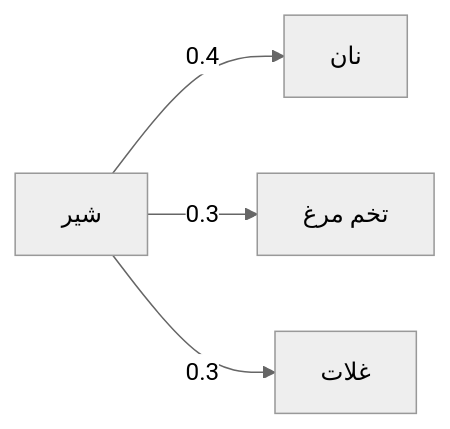
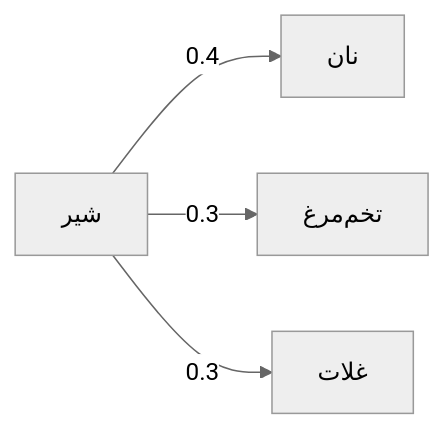
One commit to vel0cirapt0r/advalgo changed the fifth of 8 diagrams in README.md. Above: the diagram before and after it, drawn with Mermaid (neutral theme). The commit also changed other lines of this file, not shown here.

````diff
--- a/README.md
+++ b/README.md
@@ -123,6 +187,6 @@
 ```mermaid
 graph LR
     A[شیر] -->|0.4| B[نان]
-    A -->|0.3| C[تخم مرغ]
+    A -->|0.3| C[تخم‌مرغ]
     A -->|0.3| D[غلات]
 ```
````
